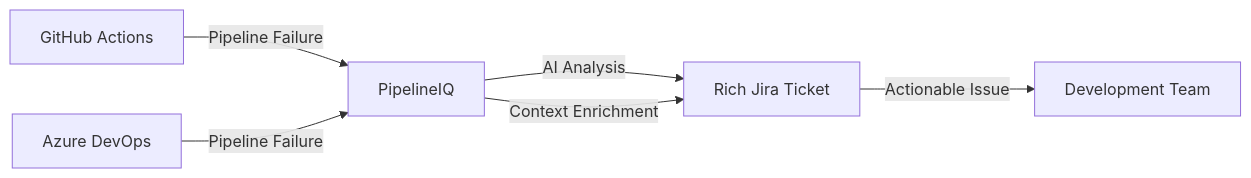
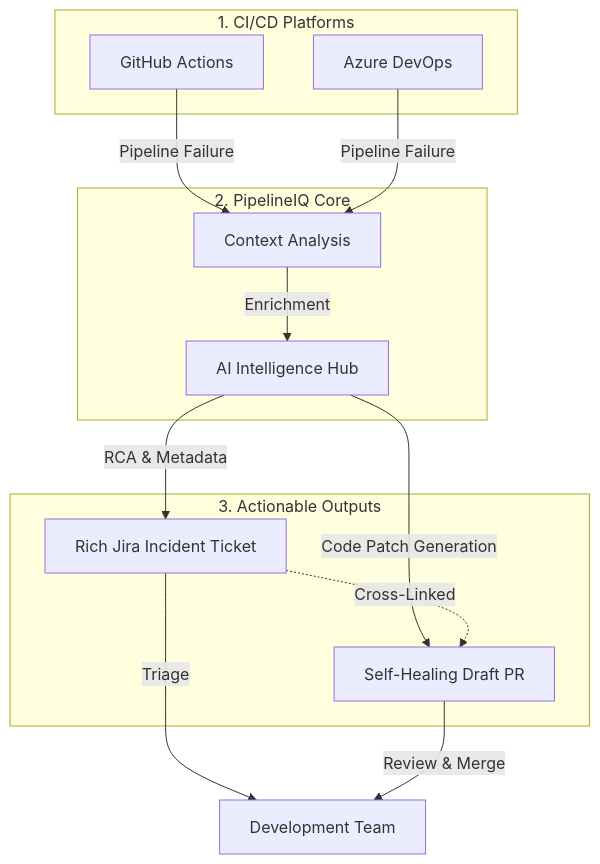
One commit to meetpatel1111/PipelineIQ changed the diagram in README.md. Above: the diagram before and after it, drawn with Mermaid. The commit also changed other lines of this file, not shown here.

Commit message:
docs: Update README with self-healing workflow and diagrams.net architecture links

````diff
--- a/README.md
+++ b/README.md
@@ -63,8 +63,26 @@
 ```mermaid
-graph LR
-    A[GitHub Actions] -->|Pipeline Failure| B[PipelineIQ]
-    C[Azure DevOps] -->|Pipeline Failure| B
-    B -->|AI Analysis| D[Rich Jira Ticket]
-    B -->|Context Enrichment| D
-    D -->|Actionable Issue| E[Development Team]
+graph TD
+    subgraph "1. CI/CD Platforms"
+        A[GitHub Actions]
+        C[Azure DevOps]
+    end
+
+    subgraph "2. PipelineIQ Core"
+        B[Context Analysis]
+        AI[AI Intelligence Hub]
+    end
+
+    subgraph "3. Actionable Outputs"
+        D[Rich Jira Incident Ticket]
+        F[Self-Healing Draft PR]
+    end
+
+    A -->|Pipeline Failure| B
+    C -->|Pipeline Failure| B
+    B -->|Enrichment| AI
+    AI -->|RCA & Metadata| D
+    AI -->|Code Patch Generation| F
+    D -.->|Cross-Linked| F
+    D -->|Triage| E[Development Team]
+    F -->|Review & Merge| E
 ```
````
